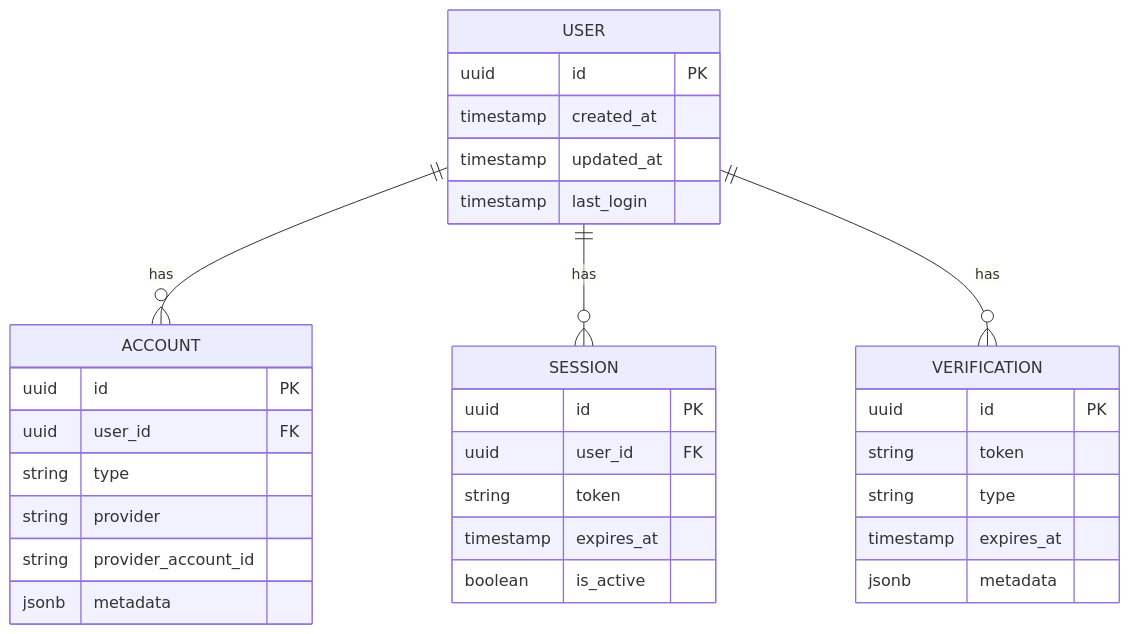
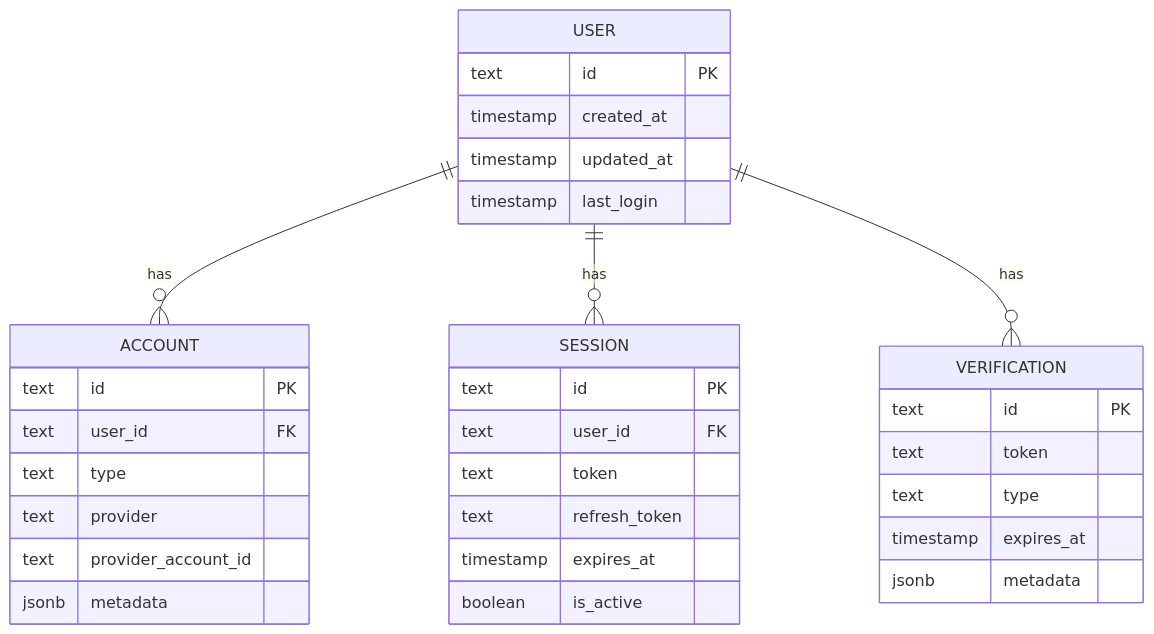
Before and after one commit to theinventorylib/aegis: the fourth of 4 diagrams in docs/core-concepts.md, drawn with Mermaid. The commit also changed other lines of this file and 118 other files, not shown here.

First line of the commit message:
feat: plugin architecture refactor, testing framework, and OpenAPI support

````diff
--- a/docs/core-concepts.md
+++ b/docs/core-concepts.md
@@ -42,38 +269,39 @@
 ```mermaid
 erDiagram
     USER ||--o{ ACCOUNT : has
     USER ||--o{ SESSION : has
     USER ||--o{ VERIFICATION : has
 
     USER {
-        uuid id PK
+        text id PK
         timestamp created_at
         timestamp updated_at
         timestamp last_login
     }
 
     ACCOUNT {
-        uuid id PK
-        uuid user_id FK
-        string type
-        string provider
-        string provider_account_id
+        text id PK
+        text user_id FK
+        text type
+        text provider
+        text provider_account_id
         jsonb metadata
     }
 
     SESSION {
-        uuid id PK
-        uuid user_id FK
-        string token
+        text id PK
+        text user_id FK
+        text token
+        text refresh_token
         timestamp expires_at
         boolean is_active
     }
     
     VERIFICATION {
-        uuid id PK
-        string token
-        string type
+        text id PK
+        text token
+        text type
         timestamp expires_at
         jsonb metadata
     }
 ```
````
